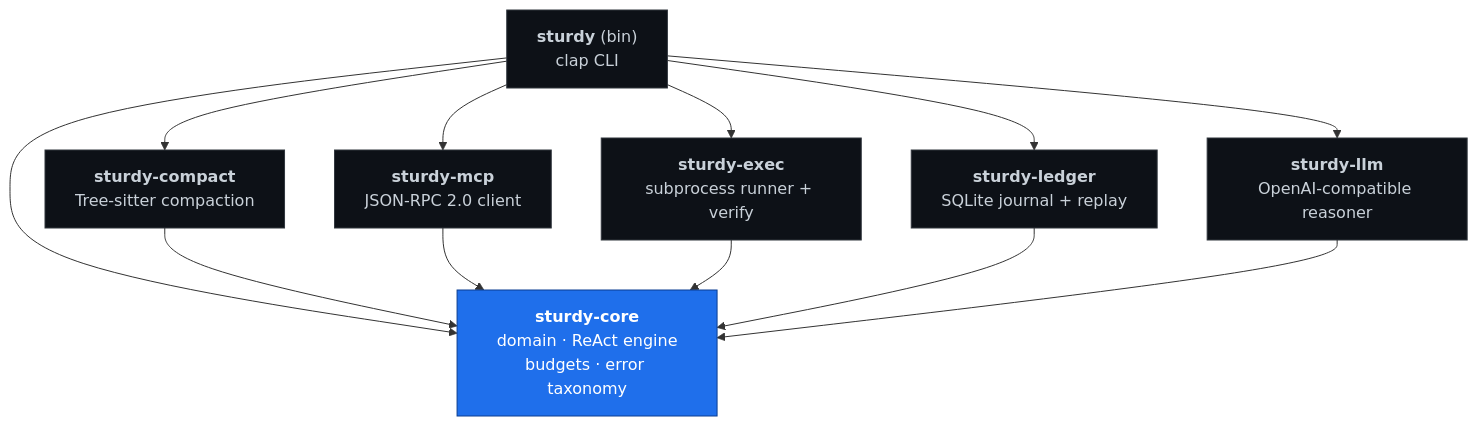
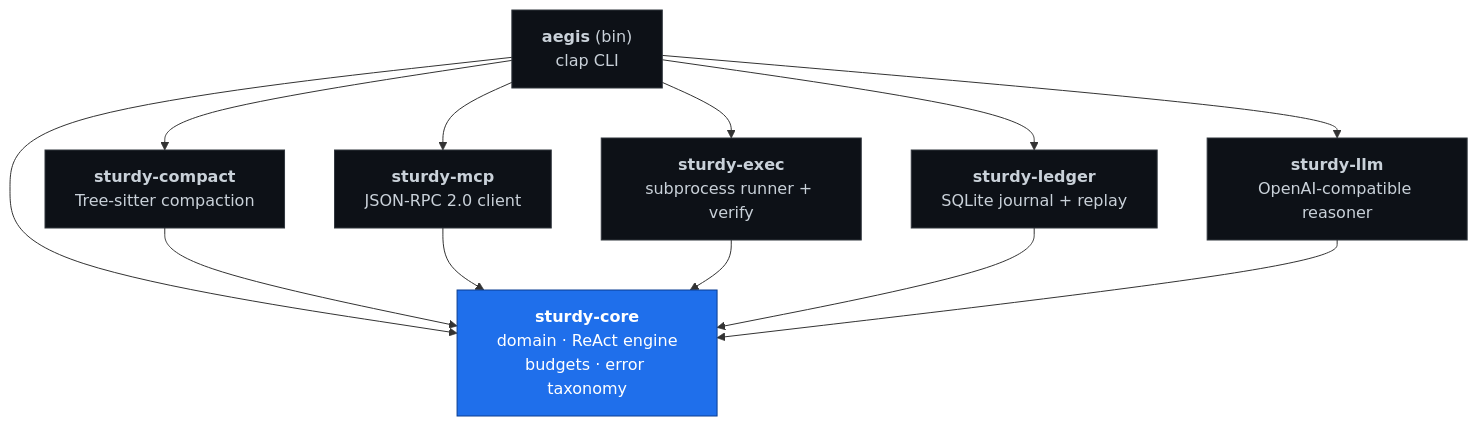
The first of 2 diagrams in README.md (SturdyRobot/aegis), drawn with Mermaid before and after one commit. The commit also changed other lines of this file and 5 other files, not shown here.

First line of the commit message:
Rename crate + binary from sturdy-harness/sturdy to aegis (#1)

````diff
--- a/README.md
+++ b/README.md
@@ -74,22 +74,22 @@
 ```mermaid
 flowchart TD
-    CLI["<b>sturdy</b> (bin)<br/>clap CLI"]
+    CLI["<b>aegis</b> (bin)<br/>clap CLI"]
     Core["<b>sturdy-core</b><br/>domain · ReAct engine<br/>budgets · error taxonomy"]
     Compact["<b>sturdy-compact</b><br/>Tree-sitter compaction"]
     MCP["<b>sturdy-mcp</b><br/>JSON-RPC 2.0 client"]
     Exec["<b>sturdy-exec</b><br/>subprocess runner + verify"]
     Ledger["<b>sturdy-ledger</b><br/>SQLite journal + replay"]
     LLM["<b>sturdy-llm</b><br/>OpenAI-compatible reasoner"]
 
     CLI --> Compact & MCP & Exec & Ledger & LLM & Core
     Compact --> Core
     MCP --> Core
     Exec --> Core
     Ledger --> Core
     LLM --> Core
 
     classDef root fill:#1f6feb,stroke:#0b3d91,color:#fff;
     classDef sat fill:#0d1117,stroke:#30363d,color:#c9d1d9;
     class Core root;
     class Compact,MCP,Exec,Ledger,LLM,CLI sat;
 ```
````
